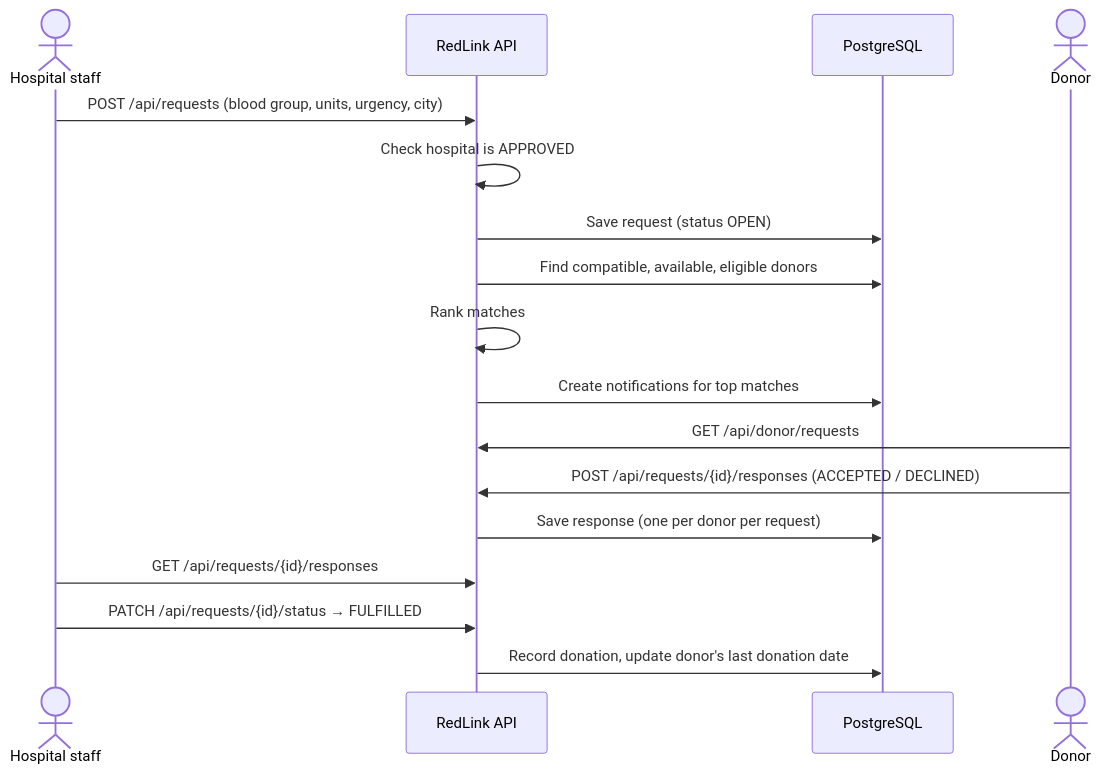
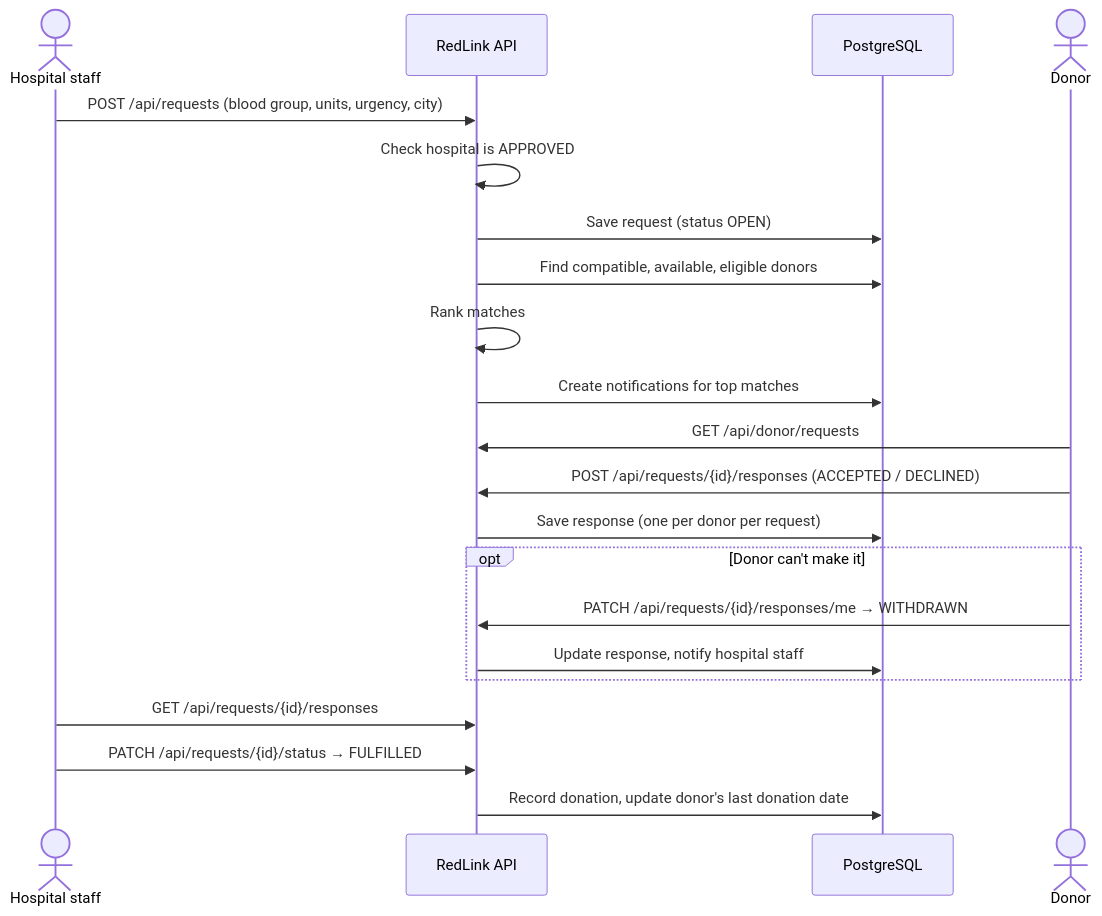
One commit to kbpkavisika/RedLink changed the first of 2 diagrams in README.md. Above: the diagram before and after it, drawn with Mermaid. The commit also changed other lines of this file, not shown here.

````diff
--- a/README.md
+++ b/README.md
@@ -65,20 +67,24 @@
 ```mermaid
 sequenceDiagram
     actor H as Hospital staff
     participant API as RedLink API
     participant DB as PostgreSQL
     actor D as Donor
 
     H->>API: POST /api/requests (blood group, units, urgency, city)
     API->>API: Check hospital is APPROVED
     API->>DB: Save request (status OPEN)
     API->>DB: Find compatible, available, eligible donors
     API->>API: Rank matches
     API->>DB: Create notifications for top matches
     D->>API: GET /api/donor/requests
     D->>API: POST /api/requests/{id}/responses (ACCEPTED / DECLINED)
     API->>DB: Save response (one per donor per request)
+    opt Donor can't make it
+        D->>API: PATCH /api/requests/{id}/responses/me → WITHDRAWN
+        API->>DB: Update response, notify hospital staff
+    end
     H->>API: GET /api/requests/{id}/responses
     H->>API: PATCH /api/requests/{id}/status → FULFILLED
     API->>DB: Record donation, update donor's last donation date
 ```
````
